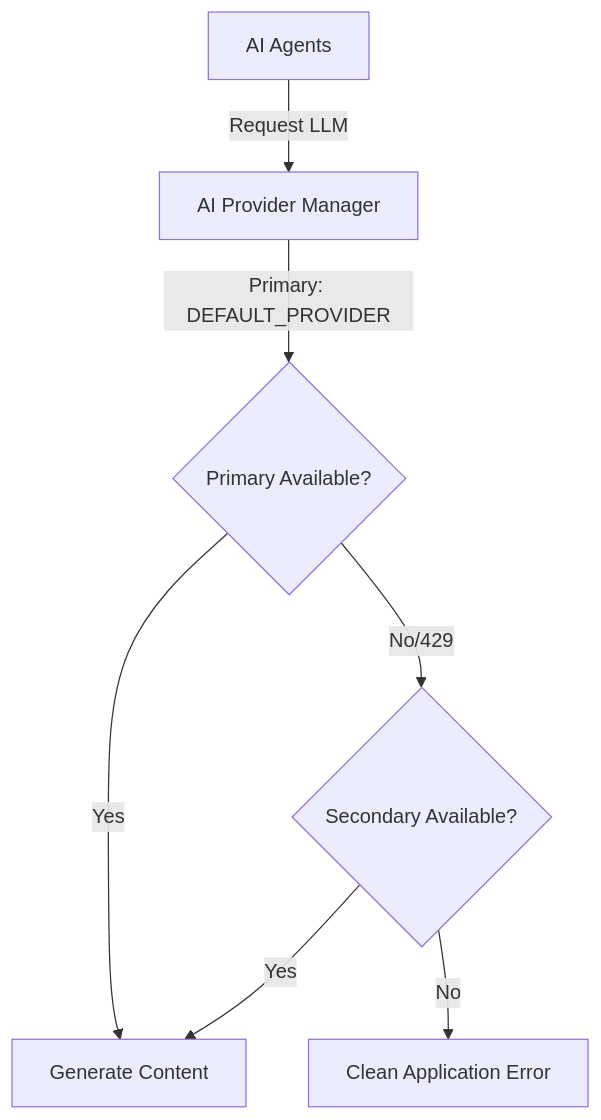
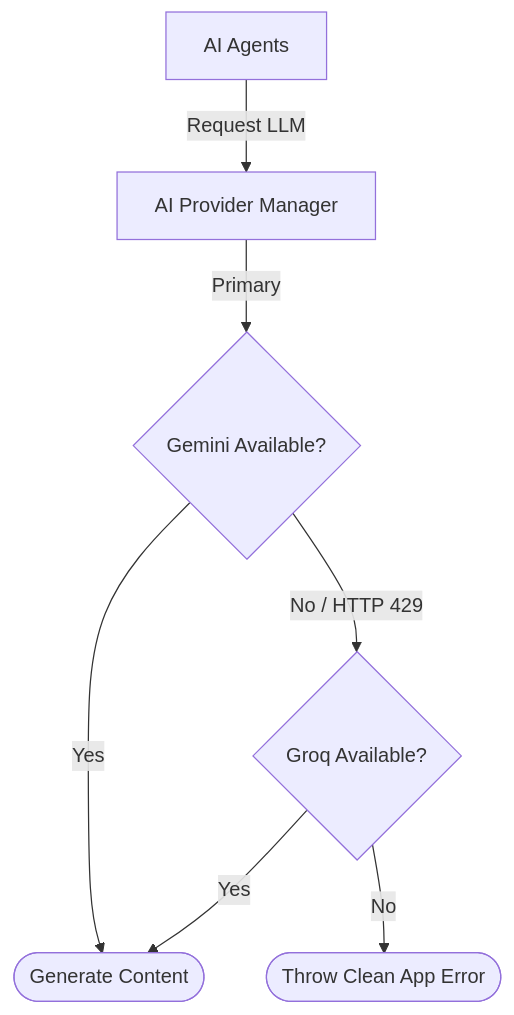
One commit to Udayy08/ai-investment-research-agent changed the second of 2 diagrams in README.md. Above: the diagram before and after it, drawn with Mermaid. The commit also changed other lines of this file, not shown here.

````diff
--- a/README.md
+++ b/README.md
@@ -100,9 +96,9 @@
 ```mermaid
 flowchart TD
     Agents[AI Agents] -->|Request LLM| APM[AI Provider Manager]
-    APM -->|Primary: DEFAULT_PROVIDER| P1{Primary Available?}
-    P1 -- Yes --> Success[Generate Content]
-    P1 -- No/429 --> P2{Secondary Available?}
+    APM -->|Primary| P1{Gemini Available?}
+    P1 -- Yes --> Success([Generate Content])
+    P1 -- No / HTTP 429 --> P2{Groq Available?}
     P2 -- Yes --> Success
-    P2 -- No --> Fail[Clean Application Error]
+    P2 -- No --> Fail([Throw Clean App Error])
 ```
````
